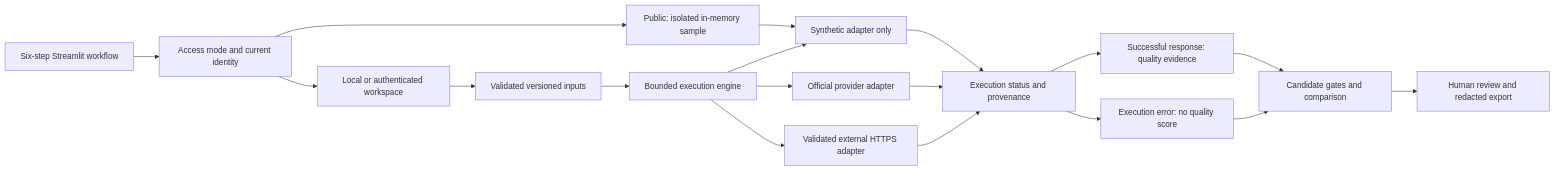
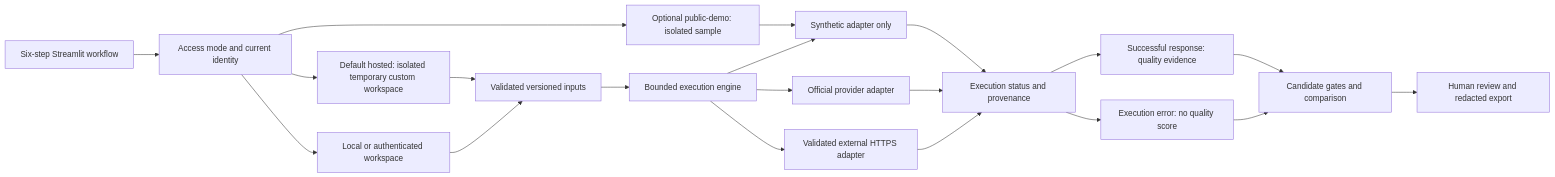
The diagram in docs/ARCHITECTURE.md (AryanS313/ai-reliability-studio), drawn with Mermaid before and after one commit. The commit also changed 14 other files, not shown here.

````diff
--- a/docs/ARCHITECTURE.md
+++ b/docs/ARCHITECTURE.md
@@ -9,20 +9,22 @@
 ```mermaid
 flowchart LR
     UI["Six-step Streamlit workflow"] --> MODE["Access mode and current identity"]
-    MODE --> DEMO["Public: isolated in-memory sample"]
+    MODE --> HOSTED["Default hosted: isolated temporary custom workspace"]
+    MODE --> DEMO["Optional public-demo: isolated sample"]
     MODE --> PRIVATE["Local or authenticated workspace"]
     DEMO --> SYN["Synthetic adapter only"]
+    HOSTED --> INPUT["Validated versioned inputs"]
     PRIVATE --> INPUT["Validated versioned inputs"]
     INPUT --> ENGINE["Bounded execution engine"]
     ENGINE --> SYN
     ENGINE --> FM["Official provider adapter"]
     ENGINE --> HTTP["Validated external HTTPS adapter"]
     SYN --> STATUS["Execution status and provenance"]
     FM --> STATUS
     HTTP --> STATUS
     STATUS --> SUCCESS["Successful response: quality evidence"]
     STATUS --> ERROR["Execution error: no quality score"]
     SUCCESS --> GATES["Candidate gates and comparison"]
     ERROR --> GATES
     GATES --> REVIEW["Human review and redacted export"]
 ```
````
